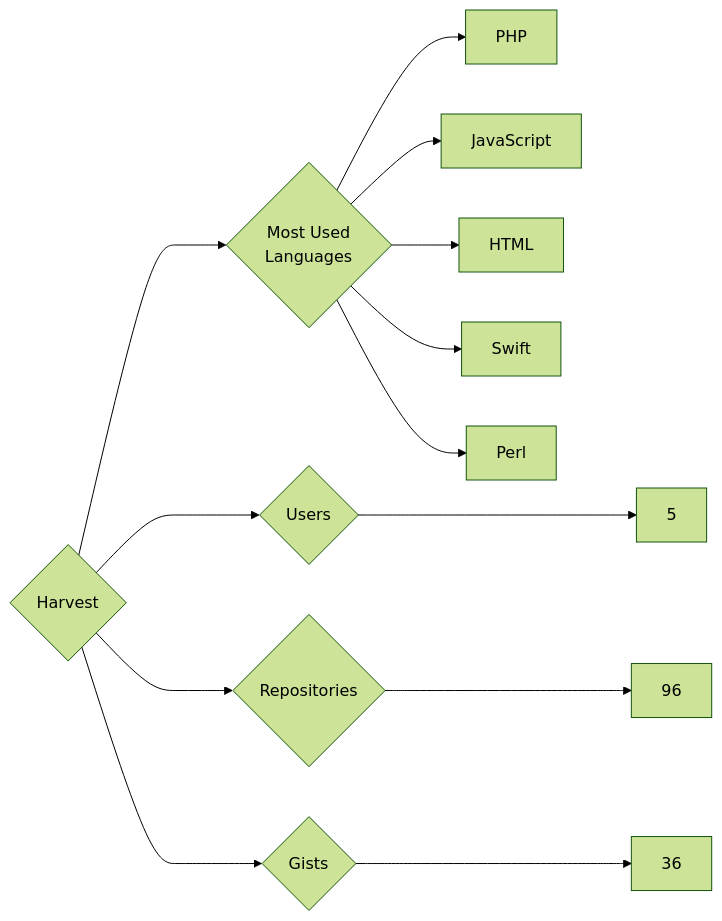
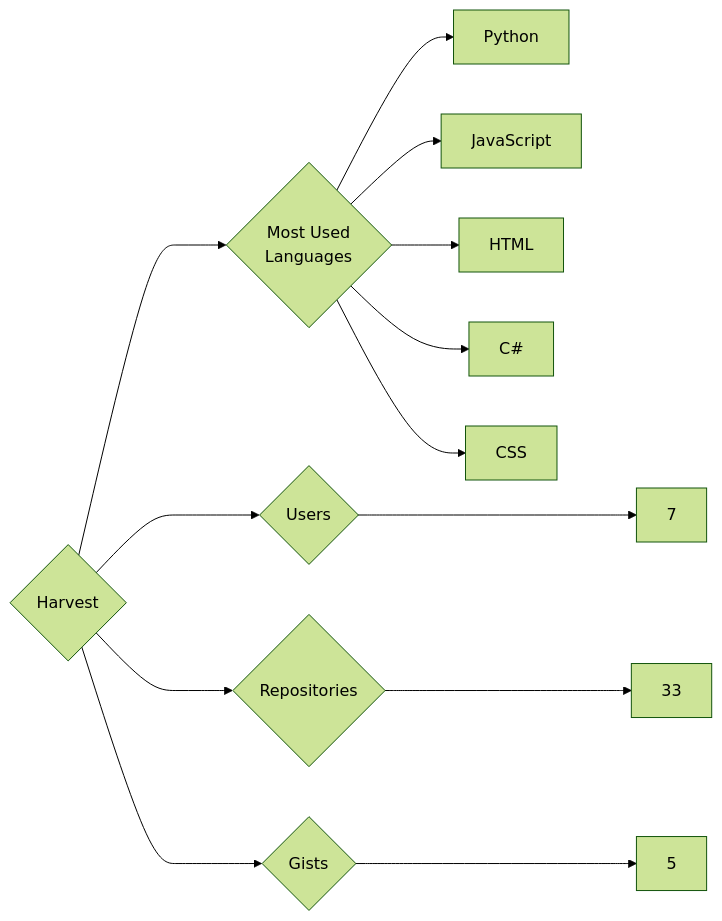
The diagram in targets/Harvest/README.md (trickest/insiders), drawn with Mermaid (forest theme) before and after one commit. The commit also changed 1166 other files, not shown here.

````diff
--- a/targets/Harvest/README.md
+++ b/targets/Harvest/README.md
@@ -3,13 +3,13 @@
 ```mermaid
 graph LR
 COMPANY_NAME{Harvest}
-COMPANY_NAME ---> U{Users} ---> UN[5]
-COMPANY_NAME ---> R{Repositories} ---> RN[96]
-COMPANY_NAME ---> G{Gists} ---> GN[36]
+COMPANY_NAME ---> U{Users} ---> UN[7]
+COMPANY_NAME ---> R{Repositories} ---> RN[33]
+COMPANY_NAME ---> G{Gists} ---> GN[5]
 COMPANY_NAME ---> ML{Most Used<br>Languages}
-ML --> PHP[PHP]
+ML --> Python[Python]
 ML --> JavaScript[JavaScript]
 ML --> HTML[HTML]
-ML --> Swift[Swift]
-ML --> Perl[Perl]
+ML --> C#[C#]
+ML --> CSS[CSS]
 ```
````
